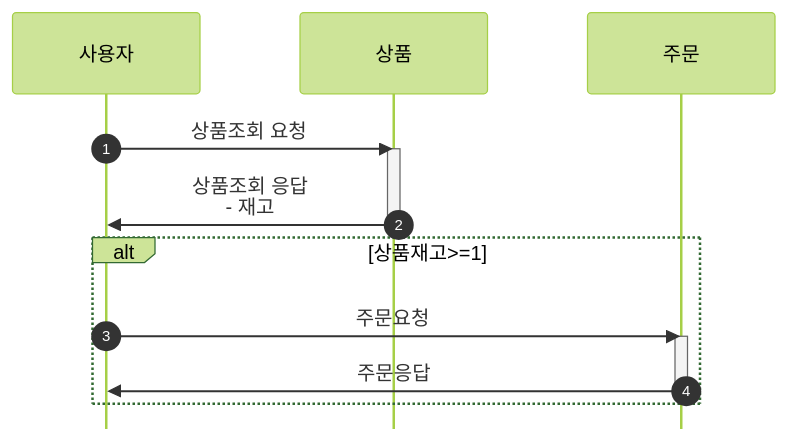
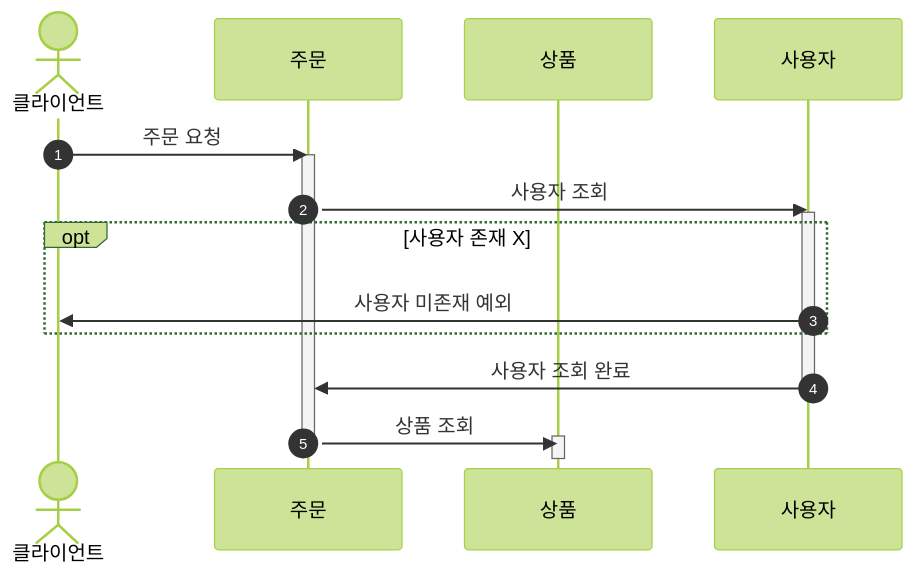
The fourth of 7 diagrams in docs/seq_diagram.md (minjihonim/hh-server-java), drawn with Mermaid before and after one commit. The commit also changed other lines of this file, not shown here.

Commit message:
시퀀스 다이어그램 수정

````diff
--- a/docs/seq_diagram.md
+++ b/docs/seq_diagram.md
@@ -84,20 +111,26 @@
 ```mermaid
-%%{init: {"theme":"forest","logLevel":"fatal","securityLevel":"strict","startOnLoad":true,"arrowMarkerAbsolute":false,"htmlLabels":true,"sequence":{"useMaxWidth":true,"actorMargin":80,"mirrorActors":false,"showSequenceNumbers":true}}}%%
+%%{init: {"theme":"forest"}}%%
 sequenceDiagram
+autonumber
+actor C_CLIENT as 클라이언트
+participant C_ORDER as 주문
+participant C_PRODUCTION as 상품
+participant C_USER as 사용자
 
-participant C_CLIENT as 사용자
-participant C_PRODUCTION as 상품
-participant C_ORDER as 주문
 
 %% 주문
-C_CLIENT ->> C_PRODUCTION : 상품조회 요청
+C_CLIENT ->> C_ORDER : 주문 요청
+activate C_ORDER
+C_ORDER ->> C_USER: 사용자 조회
+activate C_USER
+opt 사용자 존재 X
+    C_USER ->> C_CLIENT : 사용자 미존재 예외
+end
+C_USER ->> C_ORDER : 사용자 조회 완료
+deactivate C_USER
+C_ORDER ->> C_PRODUCTION: 상품 조회
 activate C_PRODUCTION
-C_PRODUCTION ->> C_CLIENT : 상품조회 응답<br/>- 재고
+
 deactivate C_PRODUCTION
-alt 상품재고>=1
-C_CLIENT ->> C_ORDER : 주문요청
-activate C_ORDER
-C_ORDER ->> C_CLIENT: 주문응답
 deactivate C_ORDER
-end
 ```
````
